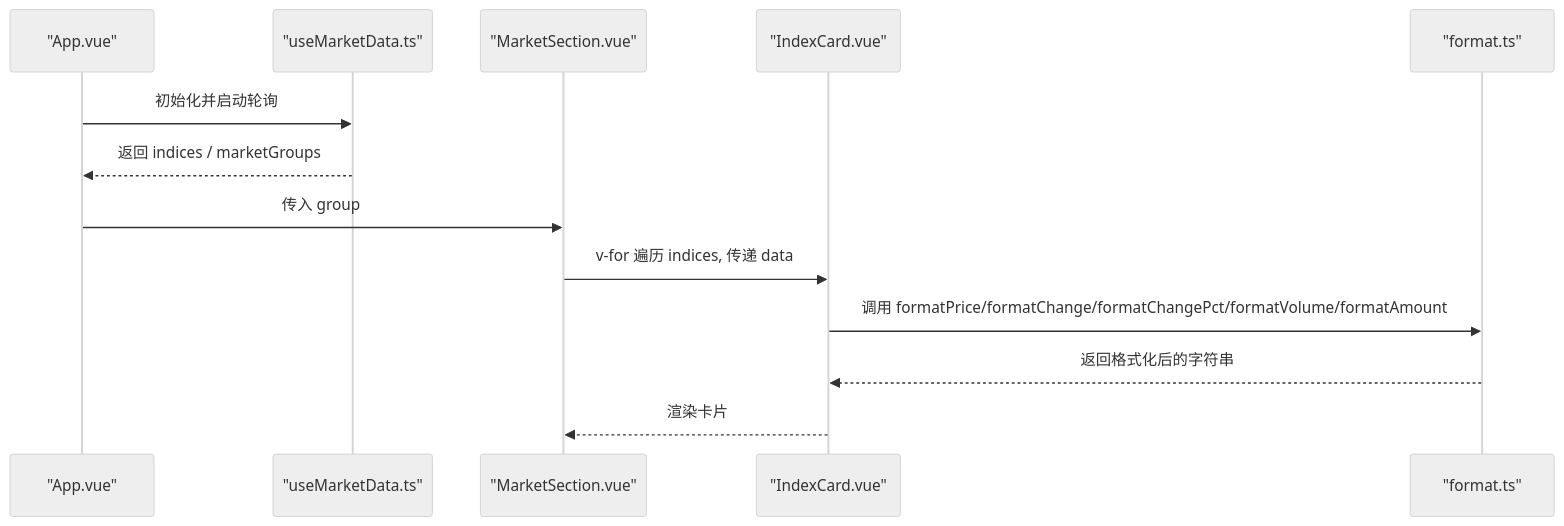
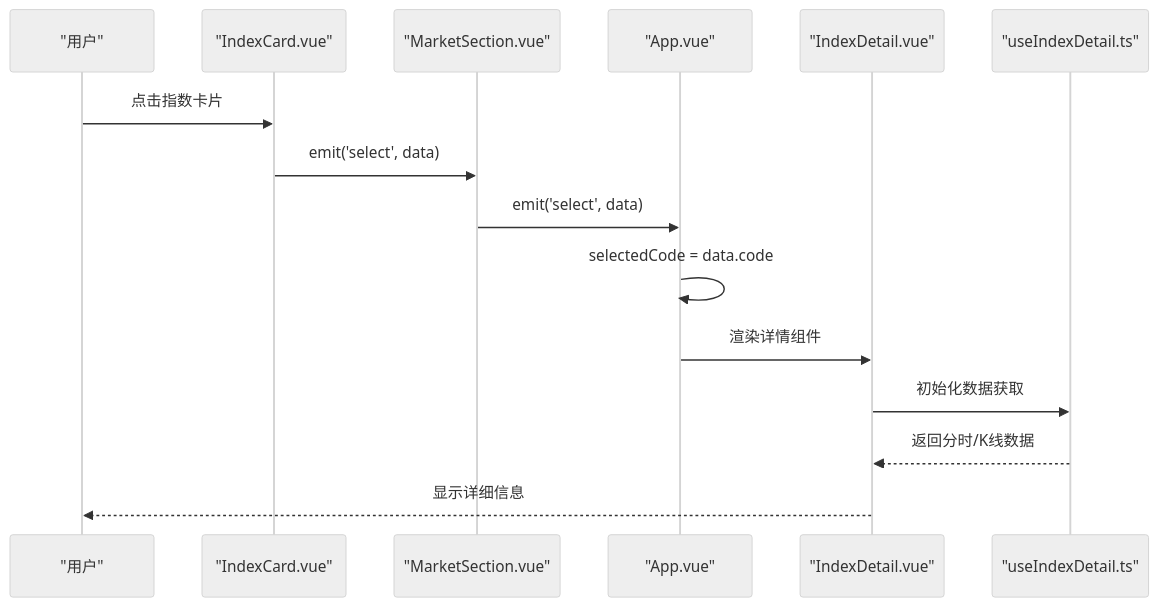
Before and after one commit to jiashaoying/hq-kanban-app: the second of 4 diagrams in .qoder/repowiki/zh/content/前端开发/组件系统/IndexCard指数卡片组件.md, drawn with Mermaid (neutral theme). The commit also changed other lines of this file and 7 other files, not shown here.

````diff
--- a/.qoder/repowiki/zh/content/前端开发/组件系统/IndexCard指数卡片组件.md
+++ b/.qoder/repowiki/zh/content/前端开发/组件系统/IndexCard指数卡片组件.md
@@ -80,15 +103,17 @@
 ```mermaid
 sequenceDiagram
+participant User as "用户"
+participant Card as "IndexCard.vue"
+participant Section as "MarketSection.vue"
 participant App as "App.vue"
-participant Hook as "useMarketData.ts"
-participant Section as "MarketSection.vue"
-participant Card as "IndexCard.vue"
-participant Format as "format.ts"
-App->>Hook : 初始化并启动轮询
-Hook-->>App : 返回 indices / marketGroups
-App->>Section : 传入 group
-Section->>Card : v-for 遍历 indices, 传递 data
-Card->>Format : 调用 formatPrice/formatChange/formatChangePct/formatVolume/formatAmount
-Format-->>Card : 返回格式化后的字符串
-Card-->>Section : 渲染卡片
+participant Detail as "IndexDetail.vue"
+participant Hook as "useIndexDetail.ts"
+User->>Card : 点击指数卡片
+Card->>Section : emit('select', data)
+Section->>App : emit('select', data)
+App->>App : selectedCode = data.code
+App->>Detail : 渲染详情组件
+Detail->>Hook : 初始化数据获取
+Hook-->>Detail : 返回分时/K线数据
+Detail-->>User : 显示详细信息
 ```
````
